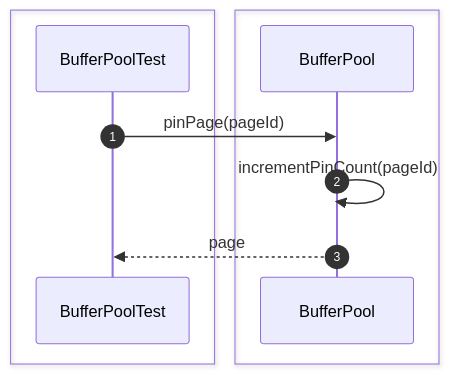
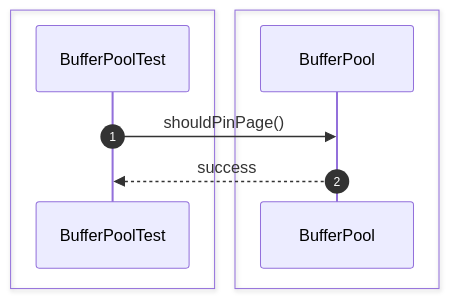
Before and after one commit to Huy1801214/dbms-architecture: the first of 44 diagrams in src/sequence/storage-engine.md, drawn with Mermaid. The commit also changed other lines of this file and 68 other files, not shown here.

Commit message:
implement comprehensive unit test suite and architectural sequence documentation

````diff
--- a/src/sequence/storage-engine.md
+++ b/src/sequence/storage-engine.md
@@ -6,15 +6,13 @@
 ```mermaid
 sequenceDiagram
     autonumber
-
     box #e1f5fe Test Suite
     participant Test as BufferPoolTest
     end
-    box #e0f2f1 Storage Components
-    participant Buffer as BufferPool
+    box #e0f2f1 BufferPool Component
+    participant BP as BufferPool
     end
 
-    Test->>Buffer: pinPage(pageId)
-    Buffer->>Buffer: incrementPinCount(pageId)
-    Buffer-->>Test: page
+    Test->>BP: shouldPinPage()
+    BP-->>Test: success
 ```
````
